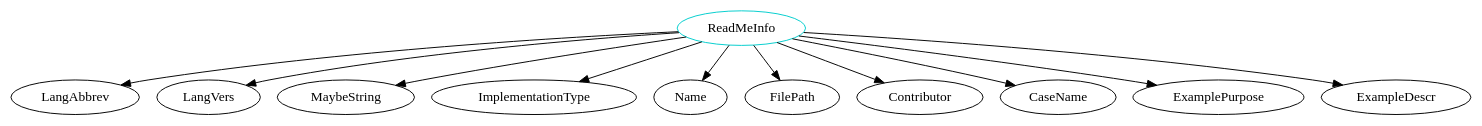
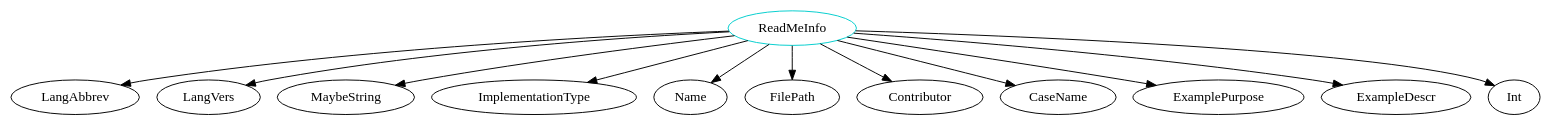
The diagram in analysis/TypeDependencyGraphs/code/ReadMeInfo.dot (JacquesCarette/Drasil), drawn with Graphviz before and after one commit. The commit also changed 660 other files, not shown here.

```diff
--- a/analysis/TypeDependencyGraphs/code/ReadMeInfo.dot
+++ b/analysis/TypeDependencyGraphs/code/ReadMeInfo.dot
@@ -1,13 +1,14 @@
 digraph readmeinfo{
 ReadMeInfo	[shape=oval, color=cyan3, label="ReadMeInfo"];
 ReadMeInfo -> LangAbbrev;
 ReadMeInfo -> LangVers;
 ReadMeInfo -> MaybeString;
 ReadMeInfo -> ImplementationType;
 ReadMeInfo -> Name;
 ReadMeInfo -> FilePath;
 ReadMeInfo -> Contributor;
 ReadMeInfo -> CaseName;
 ReadMeInfo -> ExamplePurpose;
 ReadMeInfo -> ExampleDescr;
+ReadMeInfo -> Int;
 }
```
